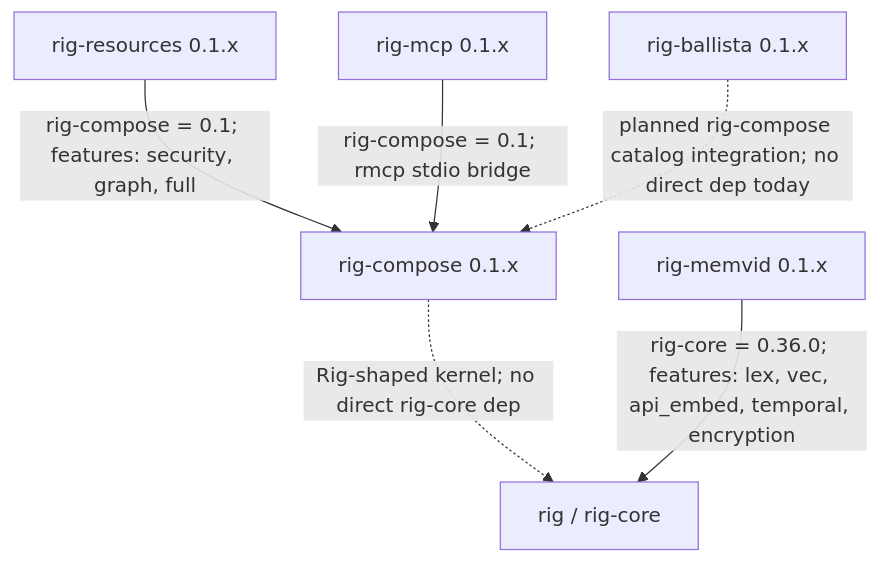
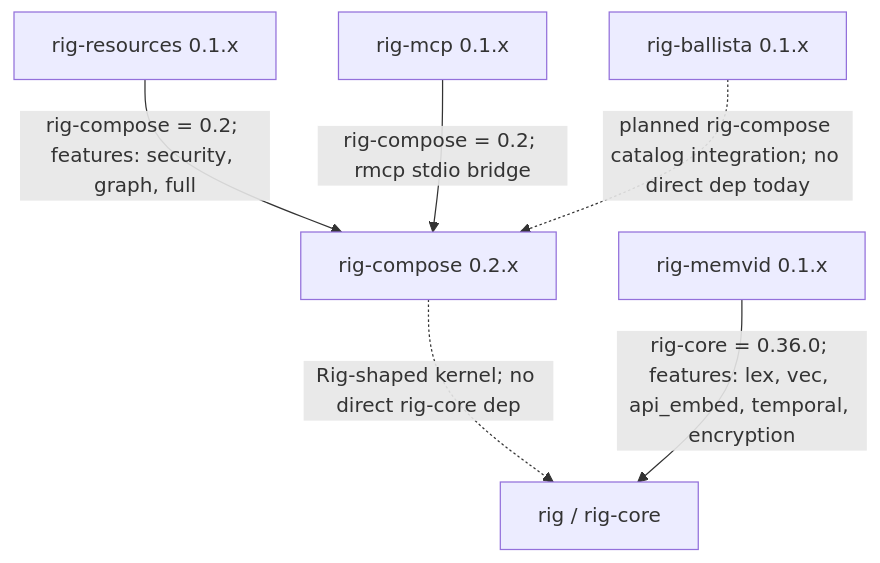
The diagram in README.md (ForeverAngry/rig-resources), drawn with Mermaid before and after one commit. The commit also changed other lines of this file and 6 other files, not shown here.

````diff
--- a/README.md
+++ b/README.md
@@ -111,15 +113,15 @@
 ```mermaid
 flowchart TD
     rig["rig / rig-core"]
-    compose["rig-compose 0.1.x"]
+    compose["rig-compose 0.2.x"]
     resources["rig-resources 0.1.x"]
     mcp["rig-mcp 0.1.x"]
     memvid["rig-memvid 0.1.x"]
     ballista["rig-ballista 0.1.x"]
 
     compose -. "Rig-shaped kernel; no direct rig-core dep" .-> rig
-    resources -- "rig-compose = 0.1; features: security, graph, full" --> compose
-    mcp -- "rig-compose = 0.1; rmcp stdio bridge" --> compose
+    resources -- "rig-compose = 0.2; features: security, graph, full" --> compose
+    mcp -- "rig-compose = 0.2; rmcp stdio bridge" --> compose
     memvid -- "rig-core = 0.36.0; features: lex, vec, api_embed, temporal, encryption" --> rig
     ballista -. "planned rig-compose catalog integration; no direct dep today" .-> compose
 ```
````
